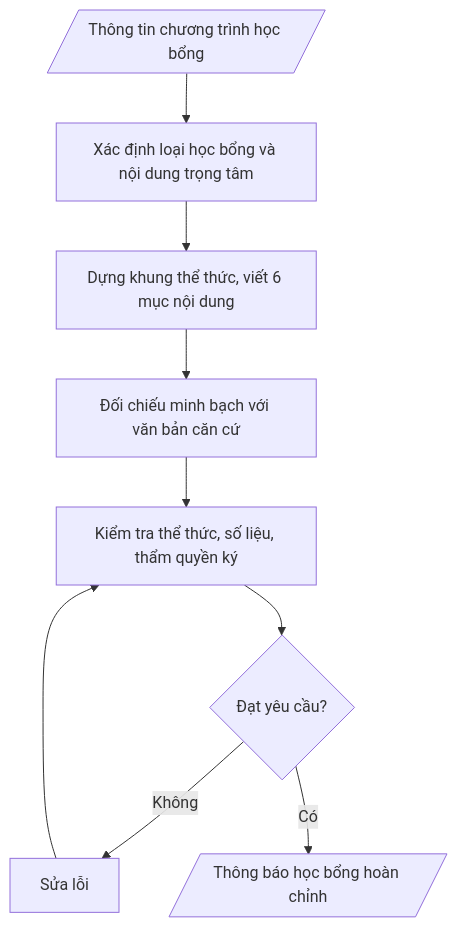
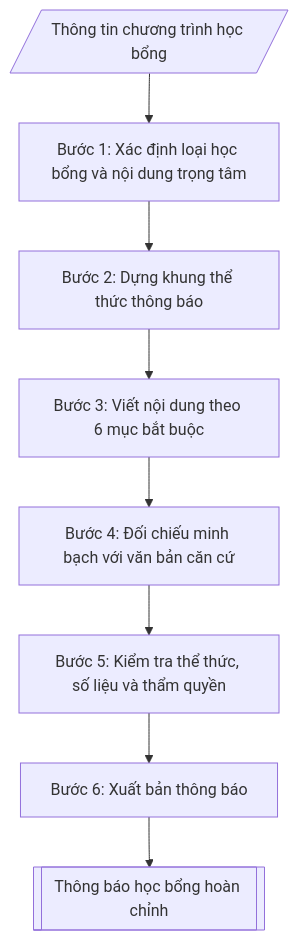
The diagram in skills/thong-bao-hoc-bong/SKILL.md (phamtruong91/dh-skills), drawn with Mermaid before and after one commit. The commit also changed 124 other files, not shown here.

First line of the commit message:
Khôi phục quy trình đầy đủ cho 58 skill bị rút gọn (nghiệp vụ gốc + ràng buộc pháp lý từ phap-ly.md)

````diff
--- a/skills/thong-bao-hoc-bong/SKILL.md
+++ b/skills/thong-bao-hoc-bong/SKILL.md
@@ -89,14 +89,10 @@
 ```mermaid
 flowchart TD
-    IN[/"Thông tin chương trình học bổng"/]
-    A["Xác định loại học bổng và nội dung trọng tâm"]
-    B["Dựng khung thể thức, viết 6 mục nội dung"]
-    C["Đối chiếu minh bạch với văn bản căn cứ"]
-    D["Kiểm tra thể thức, số liệu, thẩm quyền ký"]
-    E{"Đạt yêu cầu?"}
-    F["Sửa lỗi"]
-    OUT[/"Thông báo học bổng hoàn chỉnh"/]
-    IN --> A --> B --> C --> D --> E
-    E -->|Không| F --> D
-    E -->|Có| OUT
+    IN[/"Thông tin chương trình học bổng"/] --> B1["Bước 1: Xác định loại học bổng và nội dung trọng tâm"]
+    B1 --> B2["Bước 2: Dựng khung thể thức thông báo"]
+    B2 --> B3["Bước 3: Viết nội dung theo 6 mục bắt buộc"]
+    B3 --> B4["Bước 4: Đối chiếu minh bạch với văn bản căn cứ"]
+    B4 --> B5["Bước 5: Kiểm tra thể thức, số liệu và thẩm quyền"]
+    B5 --> B6["Bước 6: Xuất bản thông báo"]
+    B6 --> OUT[["Thông báo học bổng hoàn chỉnh"]]
 ```
````
